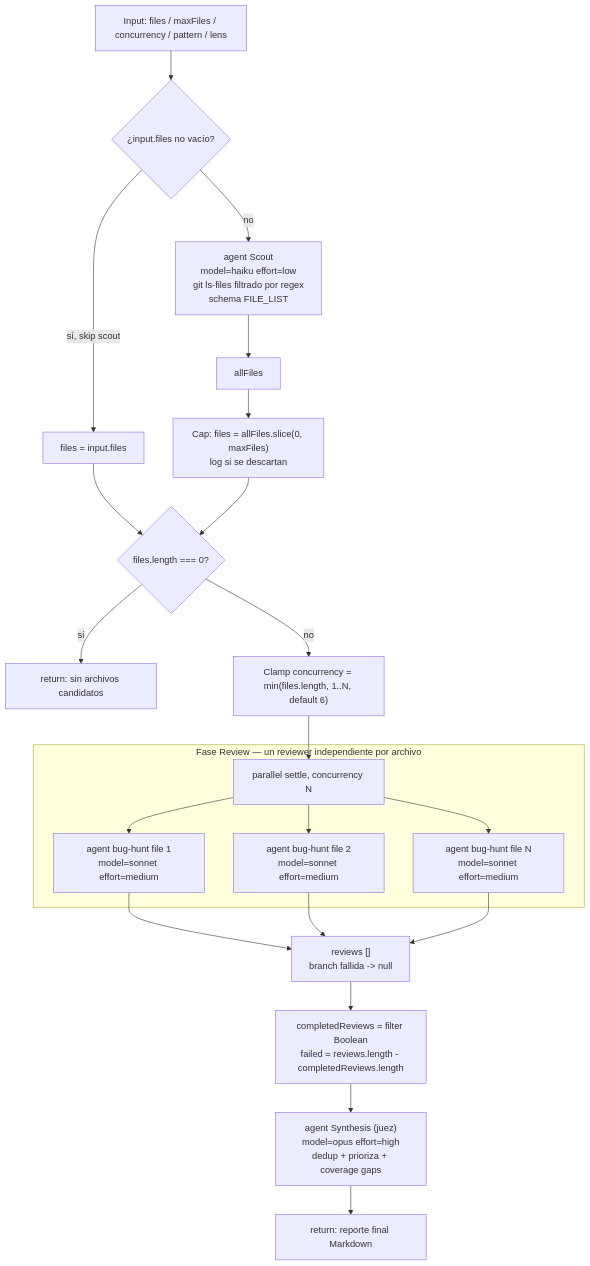
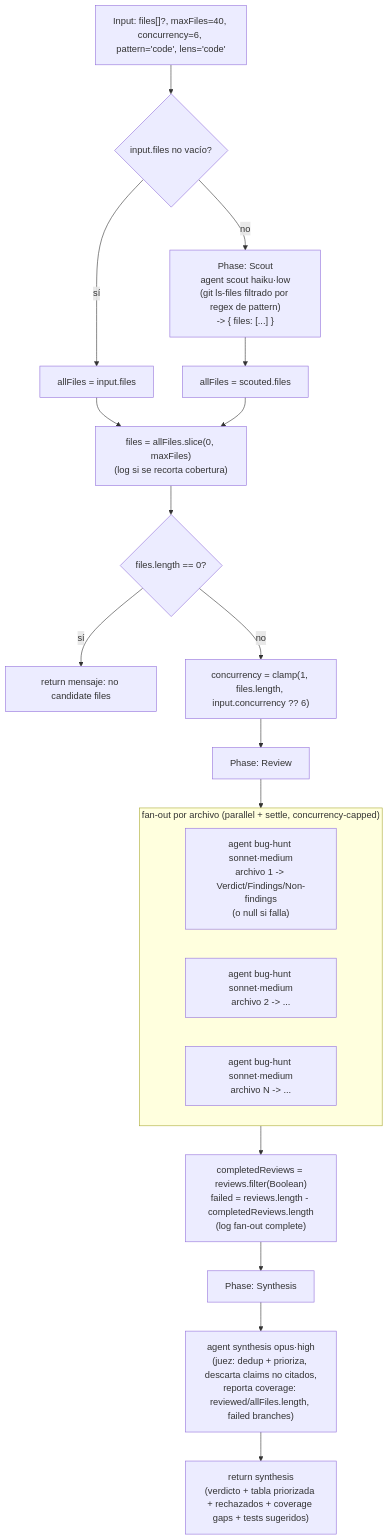
The diagram in docs/scaffolds/repo-bug-hunt.md (andrestobelem/pandi-extensions), drawn with Mermaid before and after one commit. The commit also changed other lines of this file and 43 other files, not shown here.

````diff
--- a/docs/scaffolds/repo-bug-hunt.md
+++ b/docs/scaffolds/repo-bug-hunt.md
@@ -34,24 +20,25 @@
 ```mermaid
 flowchart TD
-    A["Input: files / maxFiles / concurrency / pattern / lens"] --> B{"¿input.files no vacío?"}
-    B -->|"sí, skip scout"| D["files = input.files"]
-    B -->|"no"| C["agent Scout\nmodel=haiku effort=low\ngit ls-files filtrado por regex\nschema FILE_LIST"]
-    C --> D2["allFiles"]
-    D2 --> E["Cap: files = allFiles.slice(0, maxFiles)\nlog si se descartan"]
-    D --> F{"files.length === 0?"}
-    E --> F
-    F -->|"sí"| G["return: sin archivos candidatos"]
-    F -->|"no"| H["Clamp concurrency = min(files.length, 1..N, default 6)"]
-    H --> I["parallel settle, concurrency N"]
-    subgraph Review["Fase Review — un reviewer independiente por archivo"]
-        I --> R1["agent bug-hunt file 1\nmodel=sonnet effort=medium"]
-        I --> R2["agent bug-hunt file 2\nmodel=sonnet effort=medium"]
-        I --> R3["agent bug-hunt file N\nmodel=sonnet effort=medium"]
+    A["Input: files[]?, maxFiles=40, concurrency=6, pattern='code', lens='code'"] --> B{"input.files no vacío?"}
+    B -->|"sí"| C["allFiles = input.files"]
+    B -->|"no"| D["Phase: Scout\nagent scout haiku·low\n(git ls-files filtrado por regex de pattern)\n-> { files: [...] }"]
+    D --> C2["allFiles = scouted.files"]
+    C --> E["files = allFiles.slice(0, maxFiles)\n(log si se recorta cobertura)"]
+    C2 --> E
+    E --> F{"files.length == 0?"}
+    F -->|"sí"| F1["return mensaje: no candidate files"]
+    F -->|"no"| G["concurrency = clamp(1, files.length, input.concurrency ?? 6)"]
+
+    G --> H["Phase: Review"]
+    subgraph FANOUT["fan-out por archivo (parallel + settle, concurrency-capped)"]
+        R1["agent bug-hunt sonnet·medium\narchivo 1 -> Verdict/Findings/Non-findings\n(o null si falla)"]
+        R2["agent bug-hunt sonnet·medium\narchivo 2 -> ..."]
+        R3["agent bug-hunt sonnet·medium\narchivo N -> ..."]
     end
-    R1 --> J["reviews []\nbranch fallida -> null"]
-    R2 --> J
-    R3 --> J
-    J --> K["completedReviews = filter Boolean\nfailed = reviews.length - completedReviews.length"]
-    K --> L["agent Synthesis (juez)\nmodel=opus effort=high\ndedup + prioriza + coverage gaps"]
-    L --> M["return: reporte final Markdown"]
+    H --> FANOUT
+    FANOUT --> I["completedReviews = reviews.filter(Boolean)\nfailed = reviews.length - completedReviews.length\n(log fan-out complete)"]
+
+    I --> J["Phase: Synthesis"]
+    J --> K["agent synthesis opus·high\n(juez: dedup + prioriza, descarta claims no citados,\nreporta coverage: reviewed/allFiles.length, failed branches)"]
+    K --> L["return synthesis\n(verdicto + tabla priorizada + rechazados + coverage gaps + tests sugeridos)"]
 ```
````
